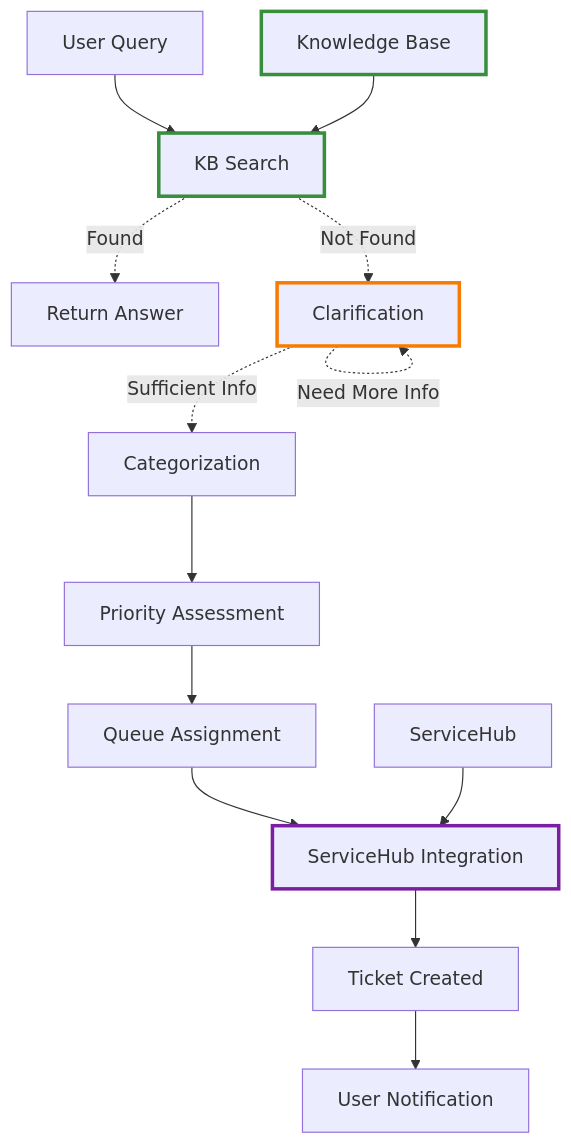
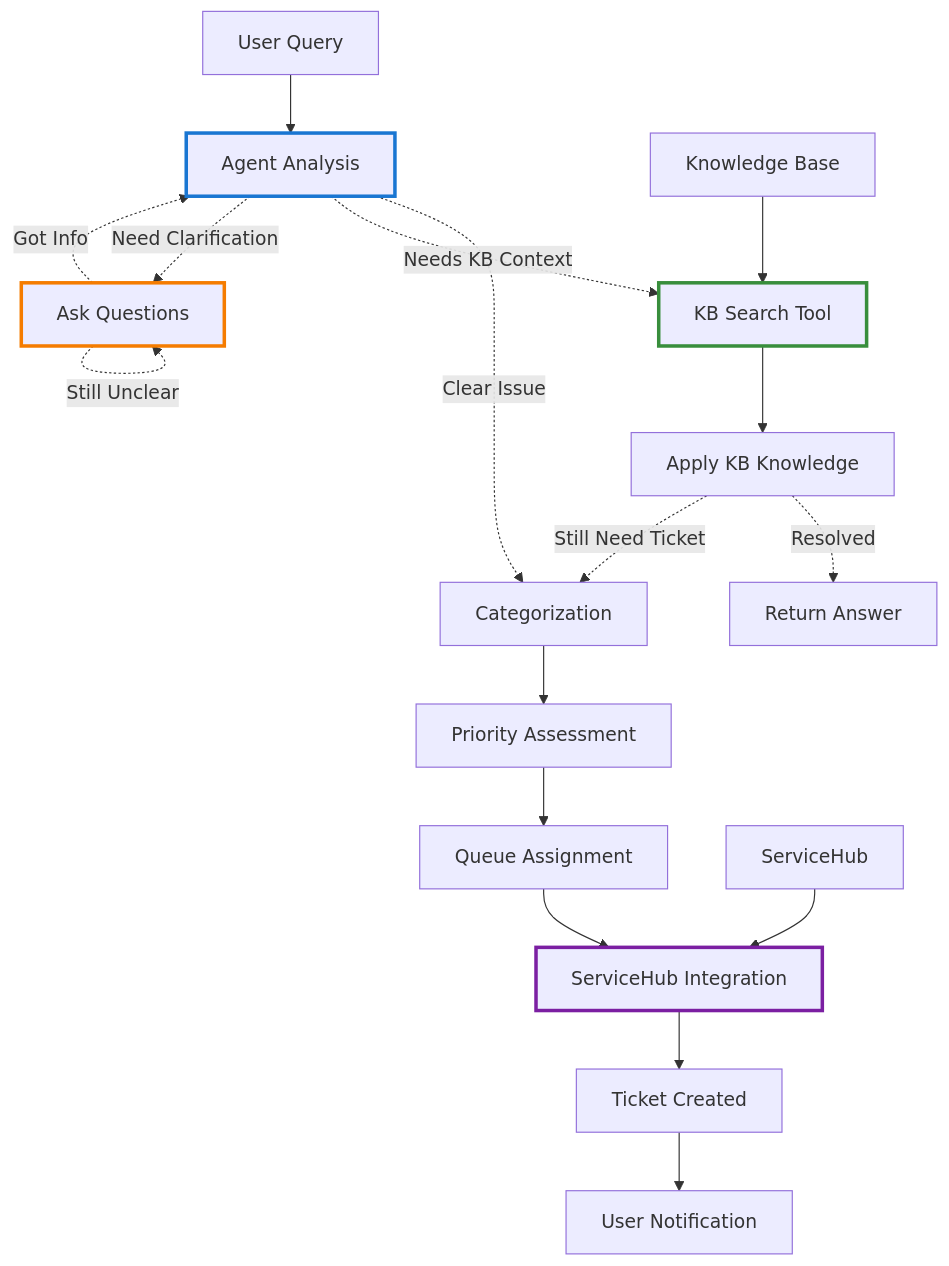
Before and after one commit to dextersjab/agentic-workbench-langgraph: the first of 8 diagrams in README.md, drawn with Mermaid. The commit also changed other lines of this file, not shown here.

Commit message:
remove kb search step

````diff
--- a/README.md
+++ b/README.md
@@ -42,21 +42,28 @@
 ```mermaid
 graph TD
-    A[User Query] --> B[KB Search]
-    B -.->|Found| C[Return Answer]
-    B -.->|Not Found| D[Clarification]
-    D -.->|Sufficient Info| E[Categorization]
-    D -.->|Need More Info| D
-    E --> F[Priority Assessment] 
-    F --> G[Queue Assignment]
-    G --> H[ServiceHub Integration]
-    H --> I[Ticket Created]
-    I --> J[User Notification]
+    A[User Query] --> B[Agent Analysis]
+    B -.->|Clear Issue| C[Categorization]
+    B -.->|Needs KB Context| D[KB Search Tool]
+    B -.->|Need Clarification| E[Ask Questions]
     
-    K[ServiceHub] --> H
-    L[Knowledge Base] --> B
+    D --> F[Apply KB Knowledge]
+    F -.->|Resolved| G[Return Answer] 
+    F -.->|Still Need Ticket| C
     
-    style B stroke:#388e3c,stroke-width:3px
-    style D stroke:#f57c00,stroke-width:3px
-    style H stroke:#7b1fa2,stroke-width:3px
-    style L stroke:#388e3c,stroke-width:3px
+    E -.->|Got Info| B
+    E -.->|Still Unclear| E
+    
+    C --> H[Priority Assessment]
+    H --> I[Queue Assignment] 
+    I --> J[ServiceHub Integration]
+    J --> K[Ticket Created]
+    K --> L[User Notification]
+    
+    M[ServiceHub] --> J
+    N[Knowledge Base] --> D
+    
+    style B stroke:#1976d2,stroke-width:3px
+    style D stroke:#388e3c,stroke-width:3px
+    style E stroke:#f57c00,stroke-width:3px
+    style J stroke:#7b1fa2,stroke-width:3px
 ```
````
